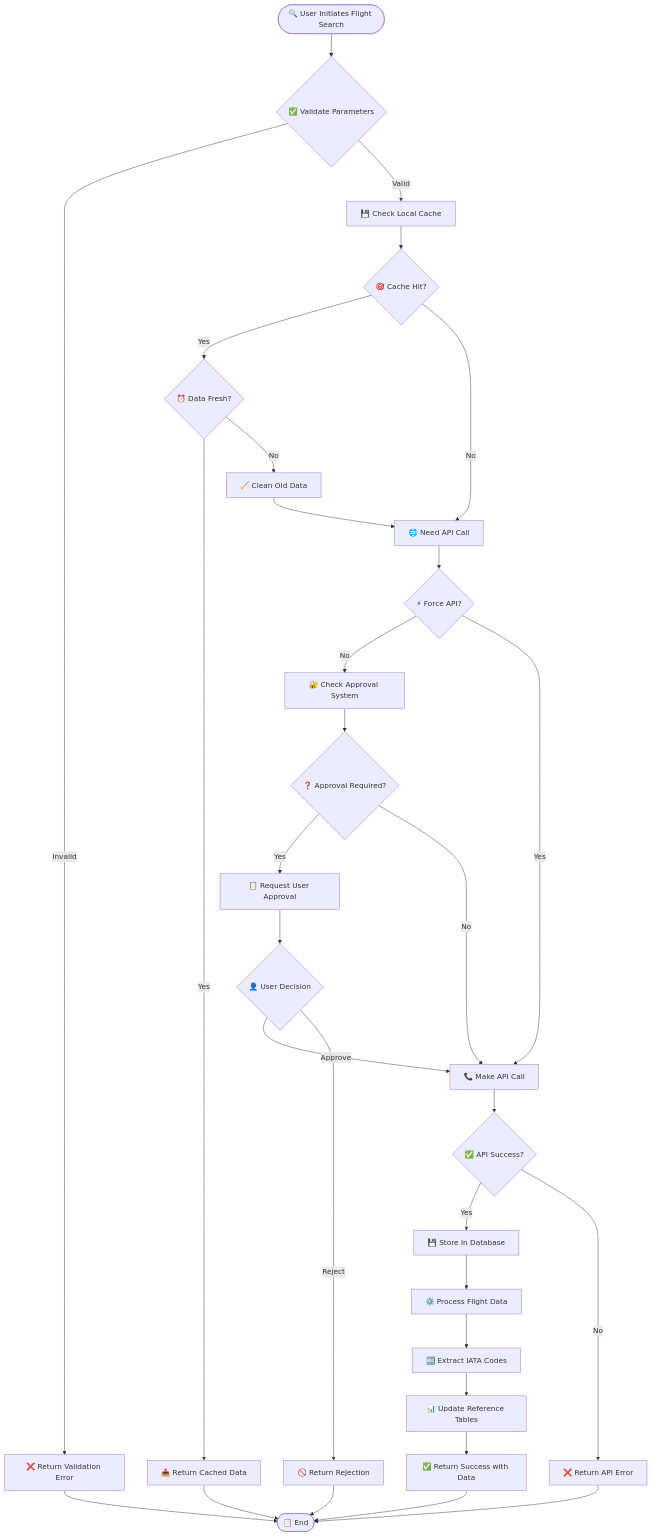
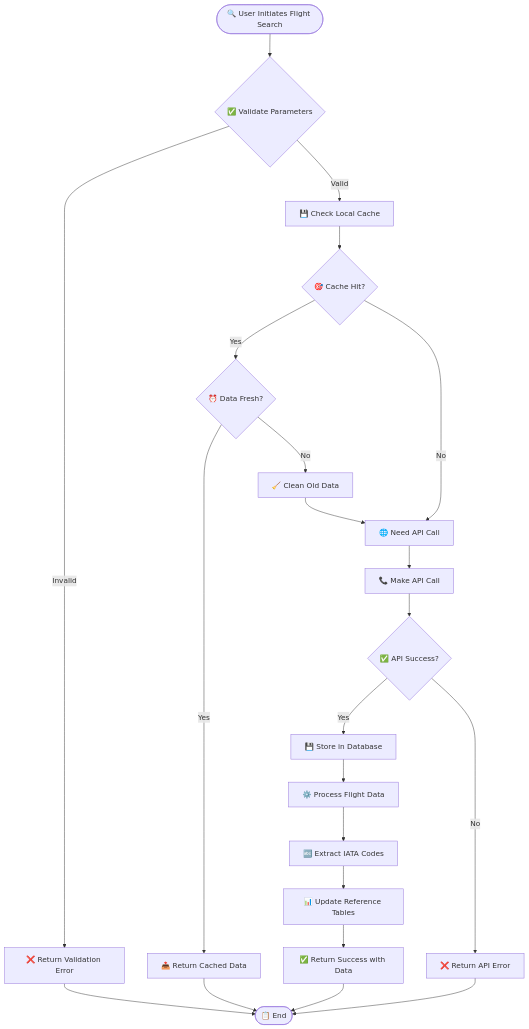
The second of 8 diagrams in MD/SYSTEM_DOCUMENTATION.md (samuelarosario/SerpAPI-GPT5), drawn with Mermaid before and after one commit. The commit also changed other lines of this file and 1 other file, not shown here.

Commit message:
docs: update system docs & cleanup summaries (deprecated approval/analyzer, add cache)

````diff
--- a/MD/SYSTEM_DOCUMENTATION.md
+++ b/MD/SYSTEM_DOCUMENTATION.md
@@ -98,41 +96,30 @@
 ```mermaid
 flowchart TD
     Start([🔍 User Initiates Flight Search]) --> Validate{✅ Validate Parameters}
     Validate --> |Invalid| ErrorReturn[❌ Return Validation Error]
     Validate --> |Valid| CheckCache[💾 Check Local Cache]
     
     CheckCache --> CacheHit{🎯 Cache Hit?}
     CacheHit --> |Yes| CacheAge{⏰ Data Fresh?}
     CacheAge --> |Yes| ReturnCache[📤 Return Cached Data]
     CacheAge --> |No| CleanCache[🧹 Clean Old Data]
     
     CacheHit --> |No| NeedAPI[🌐 Need API Call]
     CleanCache --> NeedAPI
     
-    NeedAPI --> ForceAPI{⚡ Force API?}
-    ForceAPI --> |No| CheckApproval[🔐 Check Approval System]
-    ForceAPI --> |Yes| MakeAPI[📞 Make API Call]
-    
-    CheckApproval --> ApprovalNeeded{❓ Approval Required?}
-    ApprovalNeeded --> |Yes| RequestApproval[📋 Request User Approval]
-    ApprovalNeeded --> |No| MakeAPI
-    
-    RequestApproval --> UserDecision{👤 User Decision}
-    UserDecision --> |Approve| MakeAPI
-    UserDecision --> |Reject| RejectReturn[🚫 Return Rejection]
+    NeedAPI --> MakeAPI[📞 Make API Call]
     
     MakeAPI --> APISuccess{✅ API Success?}
     APISuccess --> |Yes| StoreData[💾 Store in Database]
     APISuccess --> |No| APIError[❌ Return API Error]
     
     StoreData --> ProcessData[⚙️ Process Flight Data]
     ProcessData --> ExtractIATA[🔤 Extract IATA Codes]
     ExtractIATA --> UpdateRef[📊 Update Reference Tables]
     UpdateRef --> ReturnSuccess[✅ Return Success with Data]
     
     ReturnCache --> End([📋 End])
     ReturnSuccess --> End
     ErrorReturn --> End
-    RejectReturn --> End
     APIError --> End
 ```
````
